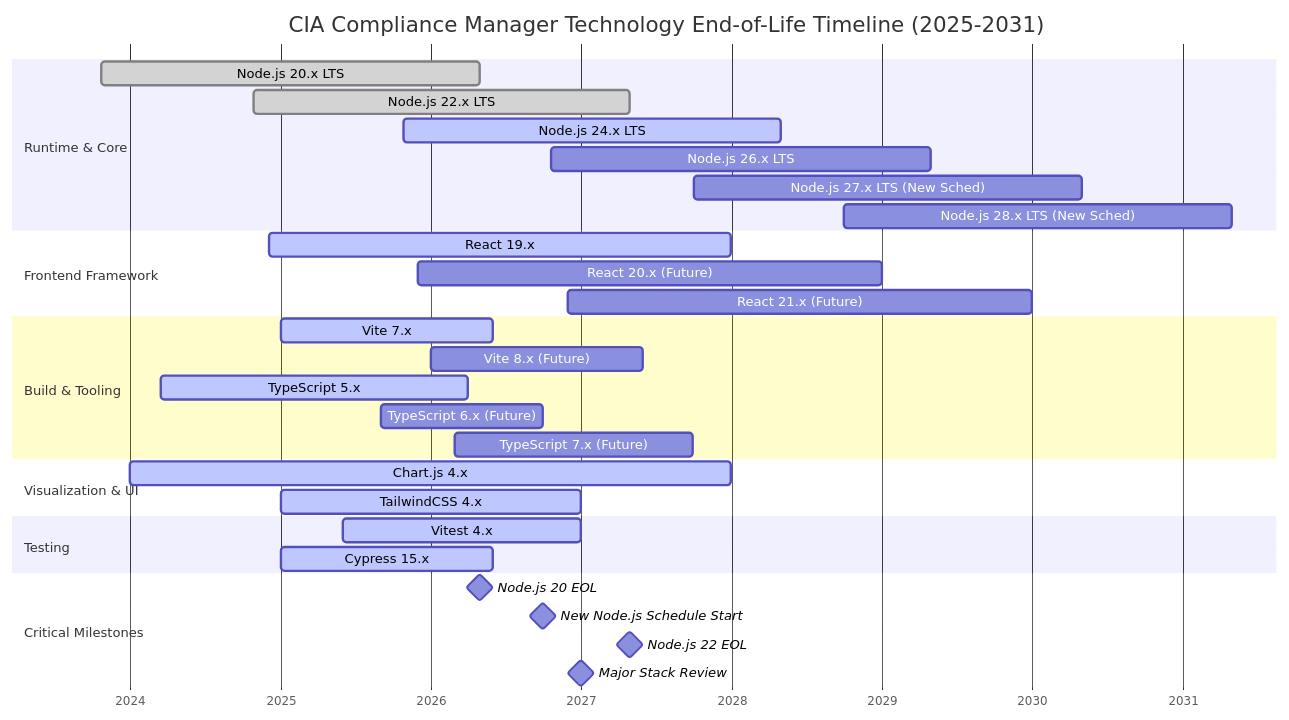
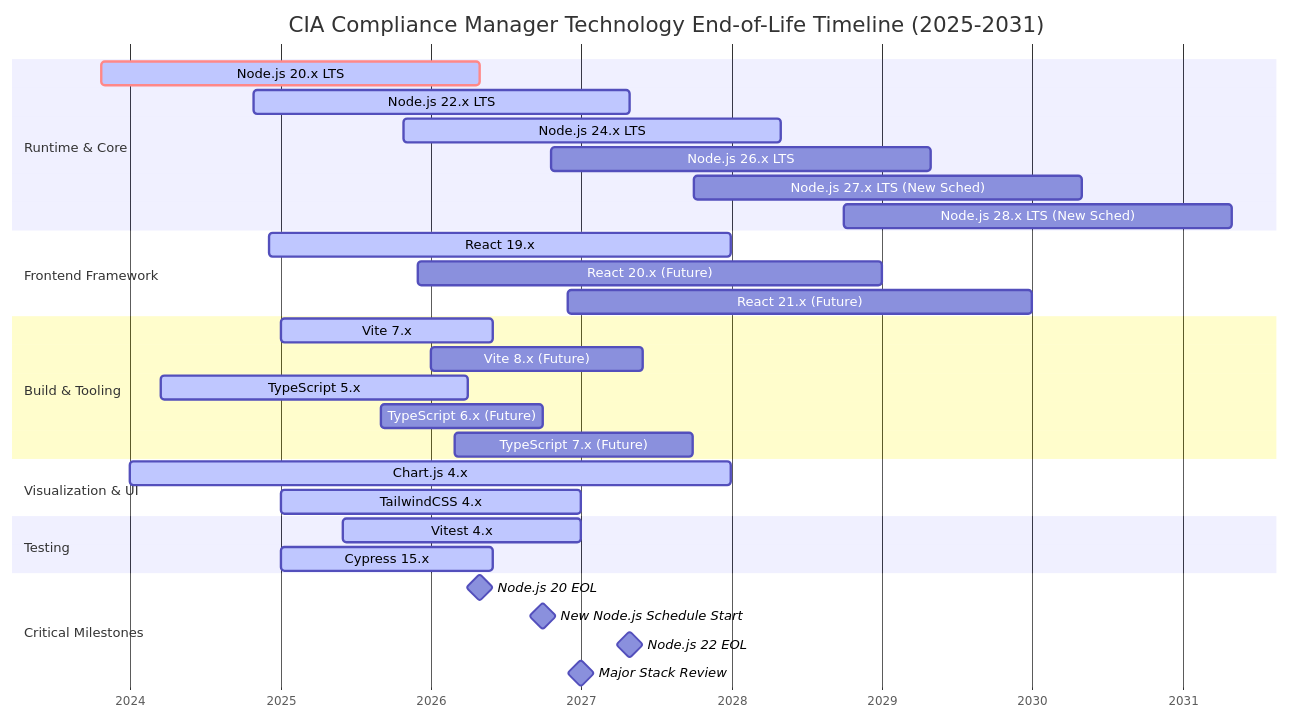
Before and after one commit to Hack23/cia-compliance-manager: the fourth of 9 diagrams in docs/End-of-Life-Strategy.md, drawn with Mermaid. The commit also changed other lines of this file and 1 other file, not shown here.

Commit message:
fix: align RTO/RPO with BCPPlan, fix Gantt status for active Node versions, update FUTURE_ARCHITECTURE to Node 24

````diff
--- a/docs/End-of-Life-Strategy.md
+++ b/docs/End-of-Life-Strategy.md
@@ -299,40 +299,40 @@
 ```mermaid
 gantt
     title CIA Compliance Manager Technology End-of-Life Timeline (2025-2031)
     dateFormat YYYY-MM-DD
     axisFormat %Y
 
     section Runtime & Core
-    Node.js 20.x LTS          :done, node20, 2023-10-24, 2026-04-30
-    Node.js 22.x LTS          :done, node22, 2024-10-29, 2027-04-30
+    Node.js 20.x LTS          :crit, active, node20, 2023-10-24, 2026-04-30
+    Node.js 22.x LTS          :active, node22, 2024-10-29, 2027-04-30
     Node.js 24.x LTS          :active, node24, 2025-10-28, 2028-04-30
     Node.js 26.x LTS          :node26, 2026-10-20, 2029-04-30
     Node.js 27.x LTS (New Sched) :node27, 2027-10-01, 2030-04-30
     Node.js 28.x LTS (New Sched) :node28, 2028-10-01, 2031-04-30
 
     section Frontend Framework
     React 19.x                :active, react19, 2024-12-05, 2027-12-31
     React 20.x (Future)       :react20, 2025-12-01, 2028-12-31
     React 21.x (Future)       :react21, 2026-12-01, 2029-12-31
 
     section Build & Tooling
     Vite 7.x                  :active, vite7, 2025-01-01, 2026-06-01
     Vite 8.x (Future)         :vite8, 2026-01-01, 2027-06-01
     TypeScript 5.x            :active, ts5, 2024-03-16, 2026-03-31
     TypeScript 6.x (Future)   :ts6, 2025-09-01, 2026-09-30
     TypeScript 7.x (Future)   :ts7, 2026-03-01, 2027-09-30
 
     section Visualization & UI
     Chart.js 4.x              :active, chartjs4, 2024-01-01, 2027-12-31
     TailwindCSS 4.x           :active, tailwind4, 2025-01-01, 2027-01-01
 
     section Testing
     Vitest 4.x                :active, vitest4, 2025-06-01, 2026-12-31
     Cypress 15.x              :active, cypress15, 2025-01-01, 2026-06-01
 
     section Critical Milestones
     Node.js 20 EOL            :milestone, node20eol, 2026-04-30, 0d
     New Node.js Schedule Start :milestone, newschedstart, 2026-10-01, 0d
     Node.js 22 EOL            :milestone, node22eol, 2027-04-30, 0d
     Major Stack Review        :milestone, stackreview, 2027-01-01, 0d
 ```
````
